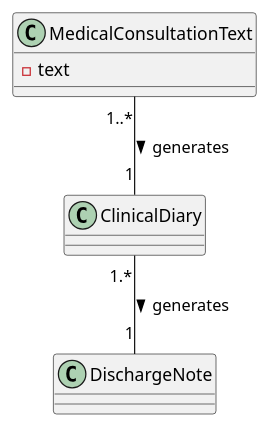
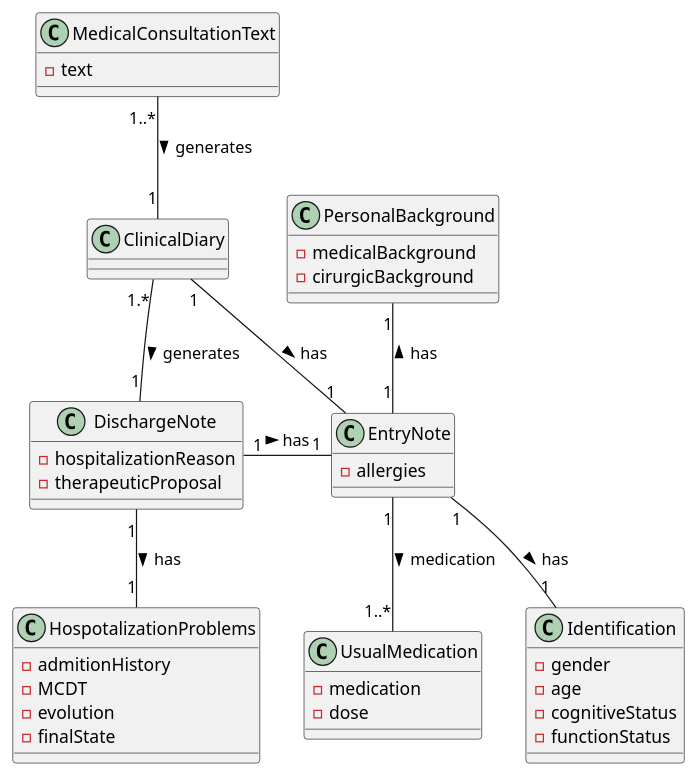
The diagram in docs/backend_dm.puml (rafaelbranco16/SimplifAI), drawn with PlantUML before and after one commit.

Commit message:
[Documentation] Domain Model Alterations

```diff
--- a/docs/backend_dm.puml
+++ b/docs/backend_dm.puml
@@ -1,14 +1,60 @@
 @startuml backend_DM
 
 class ClinicalDiary {
 }
+'DischargeNote
 class DischargeNote {
+    - hospitalizationReason
+    - therapeuticProposal
 }
+
+class HospotalizationProblems {
+    - admitionHistory
+    - MCDT
+    - evolution
+    - finalState
+}
+
+
+'Entry Note
+class EntryNote {
+    - allergies
+}
+
+class Identification {
+    - gender
+    - age
+    - cognitiveStatus
+    - functionStatus
+}
+
+class PersonalBackground {
+    - medicalBackground
+    - cirurgicBackground
+}
+
+class UsualMedication {
+    - medication
+    - dose
+}
+
+
 class MedicalConsultationText {
     - text
 }
 
+
 MedicalConsultationText "1..*" -- "1" ClinicalDiary : generates >
 ClinicalDiary "1.*" -- "1" DischargeNote : generates >
 
+'Discharge Note
+DischargeNote "1" - "1" EntryNote : has >
+EntryNote "1" -- "1" Identification : has >
+PersonalBackground "1" -- "1" EntryNote : has <
+EntryNote "1" -- "1..*" UsualMedication : medication >
+DischargeNote "1" -- "1" HospotalizationProblems : has > 
+
+'ClinicalDiary
+ClinicalDiary "1" -- "1" EntryNote : has > 
+
 @enduml
```
